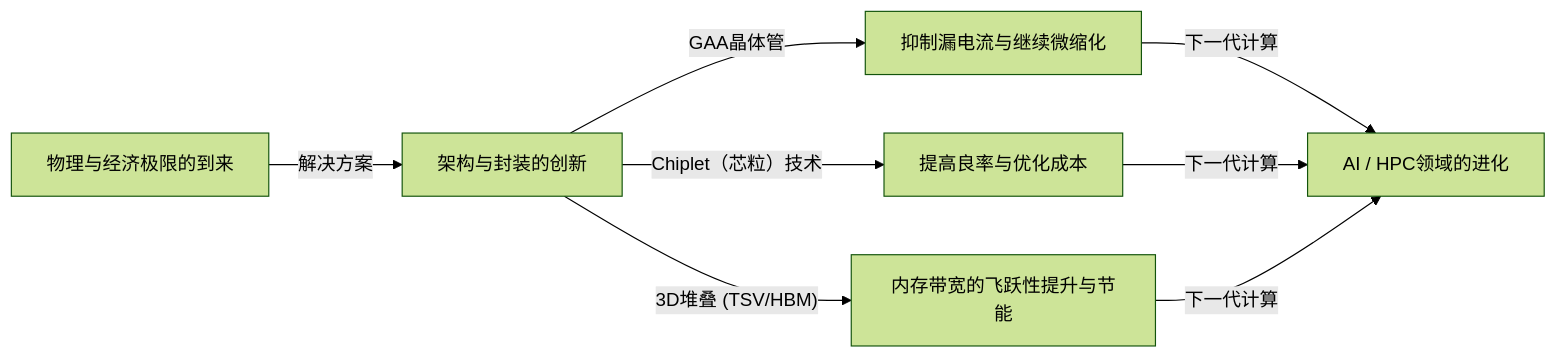
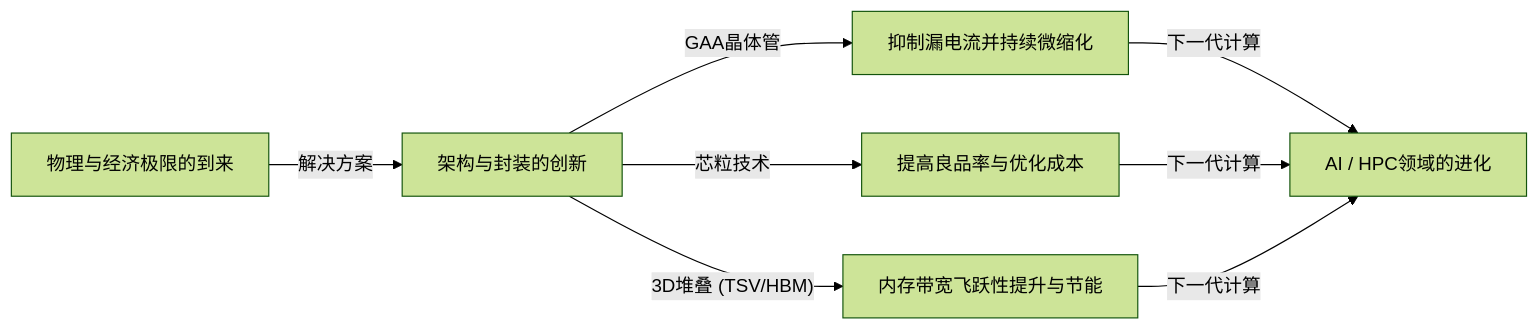
One commit to kenjinote/blog changed the second of 2 diagrams in content/post/business-moores-law/index.zh-cn.md. Above: the diagram before and after it, drawn with Mermaid (forest theme). The commit also changed other lines of this file and 40 other files, not shown here.

````diff
--- a/content/post/business-moores-law/index.zh-cn.md
+++ b/content/post/business-moores-law/index.zh-cn.md
@@ -111,10 +111,10 @@
 ```mermaid
 graph LR
     A["物理与经济极限的到来"] -- "解决方案" --> B["架构与封装的创新"]
-    B -- "GAA晶体管" --> C["抑制漏电流与继续微缩化"]
-    B -- "Chiplet（芯粒）技术" --> D["提高良率与优化成本"]
-    B -- "3D堆叠 (TSV/HBM)" --> E["内存带宽的飞跃性提升与节能"]
+    B -- "GAA晶体管" --> C["抑制漏电流并持续微缩化"]
+    B -- "芯粒技术" --> D["提高良品率与优化成本"]
+    B -- "3D堆叠 (TSV/HBM)" --> E["内存带宽飞跃性提升与节能"]
     C -- "下一代计算" --> F["AI / HPC领域的进化"]
     D -- "下一代计算" --> F
     E -- "下一代计算" --> F
 ```
````
